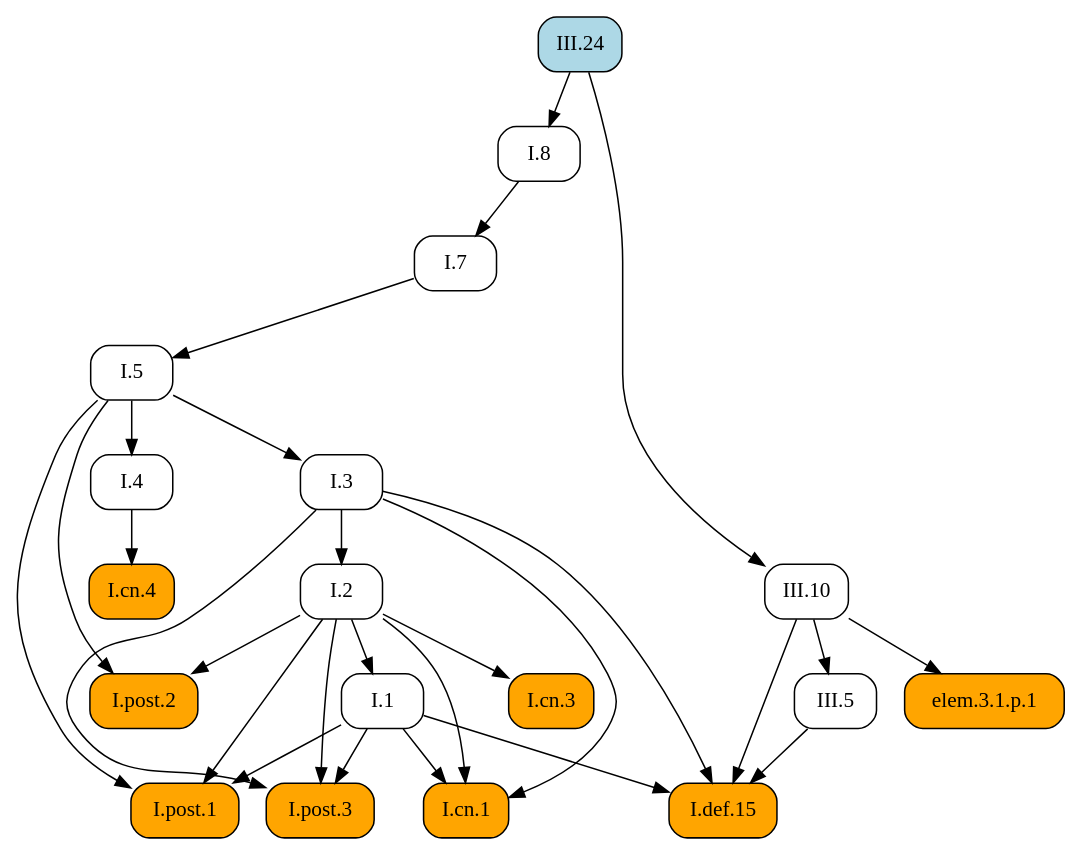
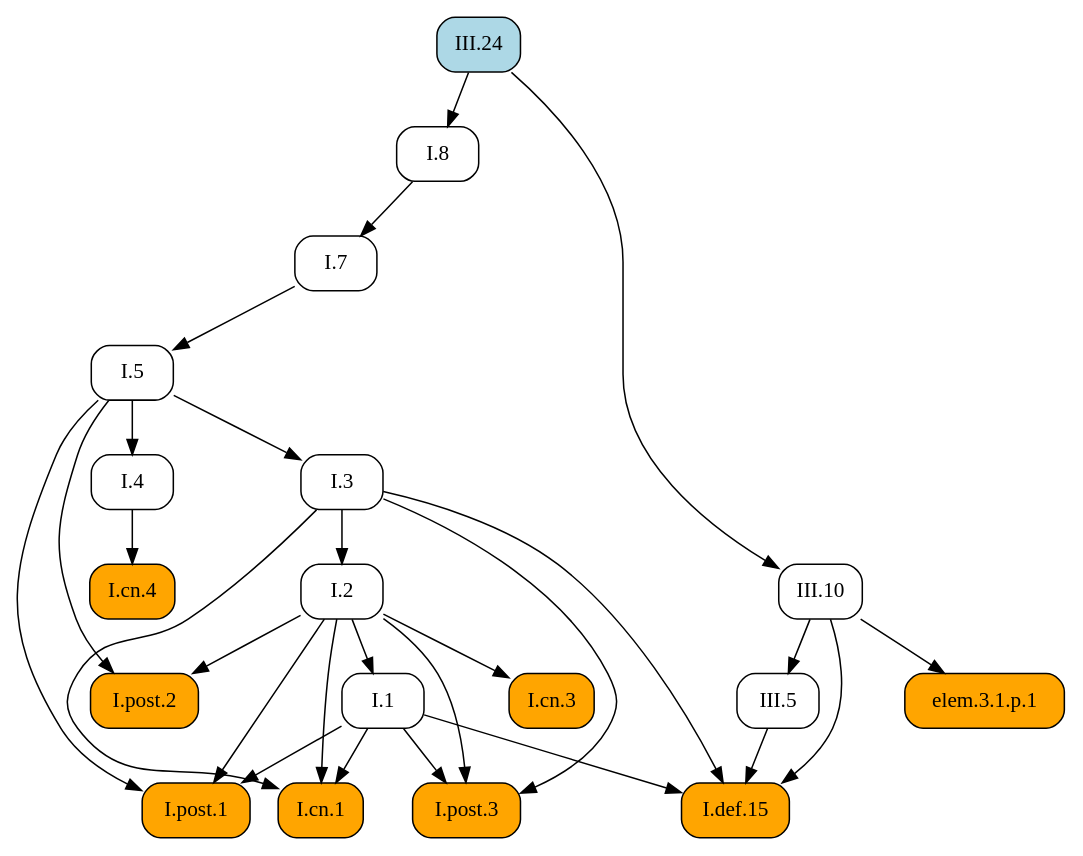
One commit to geometor/elements changed the diagram in docsrc/elements2/III/24/index.rst. Above: the diagram before and after it, drawn with Graphviz. The commit also changed other lines of this file and 171 other files, not shown here.

```diff
--- a/docsrc/elements2/III/24/index.rst
+++ b/docsrc/elements2/III/24/index.rst
@@ -53,51 +53,51 @@
 .. graphviz::
 
    digraph {
      rankdir="TB";
      node [shape=box, style=rounded];
-     "III.24" [style="rounded,filled", fillcolor=lightblue, URL="/elements2/III/24/", target="_top"];
      "I.8" [URL="/elements2/I/8/", target="_top"];
+     "I.1" [URL="/elements2/I/1/", target="_top"];
+     "I.cn.4" [style="rounded,filled", fillcolor=orange, URL="/elements2/I/cn.4/", target="_top"];
+     "I.cn.3" [style="rounded,filled", fillcolor=orange, URL="/elements2/I/cn.3/", target="_top"];
+     "III.5" [URL="/elements2/III/5/", target="_top"];
+     "I.7" [URL="/elements2/I/7/", target="_top"];
+     "I.post.1" [style="rounded,filled", fillcolor=orange, URL="/elements2/I/post.1/", target="_top"];
+     "elem.3.1.p.1" [style="rounded,filled", fillcolor=orange];
+     "I.5" [URL="/elements2/I/5/", target="_top"];
+     "I.cn.1" [style="rounded,filled", fillcolor=orange, URL="/elements2/I/cn.1/", target="_top"];
      "I.2" [URL="/elements2/I/2/", target="_top"];
      "I.def.15" [style="rounded,filled", fillcolor=orange, URL="/elements2/I/def.15/", target="_top"];
+     "I.4" [URL="/elements2/I/4/", target="_top"];
      "III.10" [URL="/elements2/III/10/", target="_top"];
+     "I.3" [URL="/elements2/I/3/", target="_top"];
+     "I.post.2" [style="rounded,filled", fillcolor=orange, URL="/elements2/I/post.2/", target="_top"];
+     "III.24" [style="rounded,filled", fillcolor=lightblue, URL="/elements2/III/24/", target="_top"];
      "I.post.3" [style="rounded,filled", fillcolor=orange, URL="/elements2/I/post.3/", target="_top"];
-     "I.cn.4" [style="rounded,filled", fillcolor=orange, URL="/elements2/I/cn.4/", target="_top"];
-     "I.1" [URL="/elements2/I/1/", target="_top"];
-     "I.post.2" [style="rounded,filled", fillcolor=orange, URL="/elements2/I/post.2/", target="_top"];
-     "III.5" [URL="/elements2/III/5/", target="_top"];
-     "elem.3.1.p.1" [style="rounded,filled", fillcolor=orange];
-     "I.post.1" [style="rounded,filled", fillcolor=orange, URL="/elements2/I/post.1/", target="_top"];
-     "I.7" [URL="/elements2/I/7/", target="_top"];
-     "I.cn.1" [style="rounded,filled", fillcolor=orange, URL="/elements2/I/cn.1/", target="_top"];
-     "I.3" [URL="/elements2/I/3/", target="_top"];
-     "I.cn.3" [style="rounded,filled", fillcolor=orange, URL="/elements2/I/cn.3/", target="_top"];
-     "I.5" [URL="/elements2/I/5/", target="_top"];
-     "I.4" [URL="/elements2/I/4/", target="_top"];
      "III.24" -> "I.8";
+     "I.2" -> "I.1";
+     "I.4" -> "I.cn.4";
+     "I.2" -> "I.cn.3";
+     "III.10" -> "III.5";
+     "I.8" -> "I.7";
+     "I.1" -> "I.post.1";
+     "I.2" -> "I.post.1";
+     "I.5" -> "I.post.1";
+     "III.10" -> "elem.3.1.p.1";
+     "I.7" -> "I.5";
+     "I.1" -> "I.cn.1";
+     "I.2" -> "I.cn.1";
+     "I.3" -> "I.cn.1";
      "I.3" -> "I.2";
      "I.1" -> "I.def.15";
      "I.3" -> "I.def.15";
      "III.5" -> "I.def.15";
      "III.10" -> "I.def.15";
+     "I.5" -> "I.4";
      "III.24" -> "III.10";
+     "I.5" -> "I.3";
+     "I.2" -> "I.post.2";
+     "I.5" -> "I.post.2";
      "I.1" -> "I.post.3";
      "I.2" -> "I.post.3";
      "I.3" -> "I.post.3";
-     "I.4" -> "I.cn.4";
-     "I.2" -> "I.1";
-     "I.2" -> "I.post.2";
-     "I.5" -> "I.post.2";
-     "III.10" -> "III.5";
-     "III.10" -> "elem.3.1.p.1";
-     "I.1" -> "I.post.1";
-     "I.2" -> "I.post.1";
-     "I.5" -> "I.post.1";
-     "I.8" -> "I.7";
-     "I.1" -> "I.cn.1";
-     "I.2" -> "I.cn.1";
-     "I.3" -> "I.cn.1";
-     "I.5" -> "I.3";
-     "I.2" -> "I.cn.3";
-     "I.7" -> "I.5";
-     "I.5" -> "I.4";
    }
```
